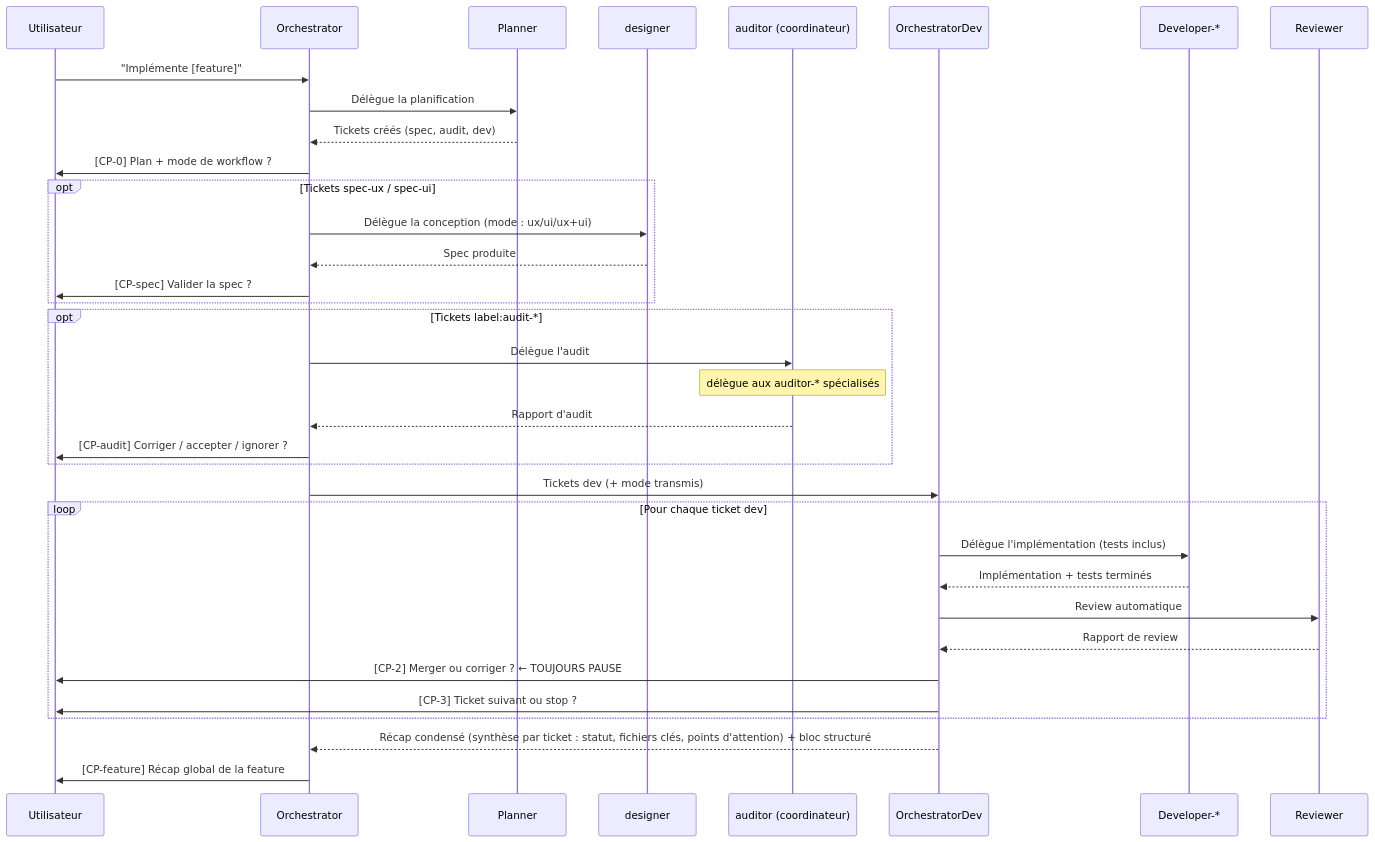
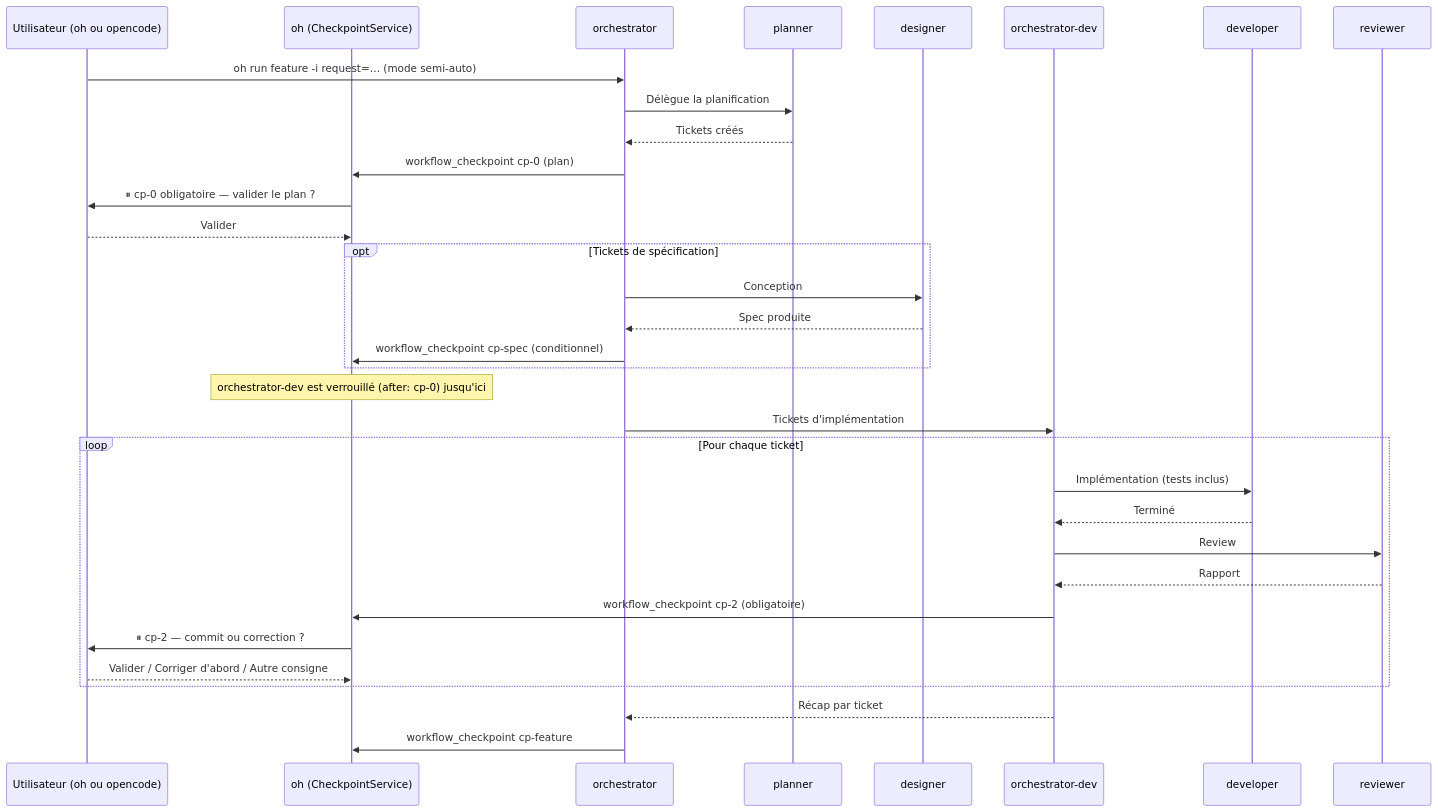
The diagram in docs/architecture/overview.fr.md (datichb/openhub), drawn with Mermaid before and after one commit. The commit also changed other lines of this file and 11 other files, not shown here.

Commit message:
docs(architecture): vue d'ensemble v5 (workflow → paquet → serveur de groupe → session, démon, proxy, passerelles, monde fermé, ADR 038–048), agents (20, conductor), skills (livraison par le paquet, inventaire refait), délégation, wiki vivant, todo ; lien de langue en ligne 1 (v5 finalisation, DOC2)

````diff
--- a/docs/architecture/overview.fr.md
+++ b/docs/architecture/overview.fr.md
@@ -206,42 +129,36 @@
 ```mermaid
 sequenceDiagram
-    participant U as Utilisateur
-    participant O as Orchestrator
-    participant PL as Planner
+    participant U as Utilisateur (oh ou opencode)
+    participant OH as oh (CheckpointService)
+    participant O as orchestrator
+    participant PL as planner
     participant DS as designer
-    participant AU as auditor (coordinateur)
-    participant OD as OrchestratorDev
-    participant DEV as Developer-*
-    participant R as Reviewer
+    participant OD as orchestrator-dev
+    participant DEV as developer
+    participant R as reviewer
 
-    U->>O: "Implémente [feature]"
+    U->>O: oh run feature -i request=… (mode semi-auto)
     O->>PL: Délègue la planification
-    PL-->>O: Tickets créés (spec, audit, dev)
-    O->>U: [CP-0] Plan + mode de workflow ?
-
-    opt Tickets spec-ux / spec-ui
-        O->>DS: Délègue la conception (mode : ux/ui/ux+ui)
+    PL-->>O: Tickets créés
+    O->>OH: workflow_checkpoint cp-0 (plan)
+    OH->>U: ⏸ cp-0 obligatoire — valider le plan ?
+    U-->>OH: Valider
+    opt Tickets de spécification
+        O->>DS: Conception
         DS-->>O: Spec produite
-        O->>U: [CP-spec] Valider la spec ?
+        O->>OH: workflow_checkpoint cp-spec (conditionnel)
     end
-
-    opt Tickets label:audit-*
-        O->>AU: Délègue l'audit
-        Note over AU: délègue aux auditor-* spécialisés
-        AU-->>O: Rapport d'audit
-        O->>U: [CP-audit] Corriger / accepter / ignorer ?
+    Note over OH: orchestrator-dev est verrouillé (after: cp-0) jusqu'ici
+    O->>OD: Tickets d'implémentation
+    loop Pour chaque ticket
+        OD->>DEV: Implémentation (tests inclus)
+        DEV-->>OD: Terminé
+        OD->>R: Review
+        R-->>OD: Rapport
+        OD->>OH: workflow_checkpoint cp-2 (obligatoire)
+        OH->>U: ⏸ cp-2 — commit ou correction ?
+        U-->>OH: Valider / Corriger d'abord / Autre consigne
     end
-
-    O->>OD: Tickets dev (+ mode transmis)
-    loop Pour chaque ticket dev
-        OD->>DEV: Délègue l'implémentation (tests inclus)
-        DEV-->>OD: Implémentation + tests terminés
-        OD->>R: Review automatique
-        R-->>OD: Rapport de review
-        OD->>U: [CP-2] Merger ou corriger ? ← TOUJOURS PAUSE
-        OD->>U: [CP-3] Ticket suivant ou stop ?
-    end
-    OD-->>O: Récap condensé (synthèse par ticket : statut, fichiers clés, points d'attention) + bloc structuré
-
-    O->>U: [CP-feature] Récap global de la feature
+    OD-->>O: Récap par ticket
+    O->>OH: workflow_checkpoint cp-feature
 ```
````
